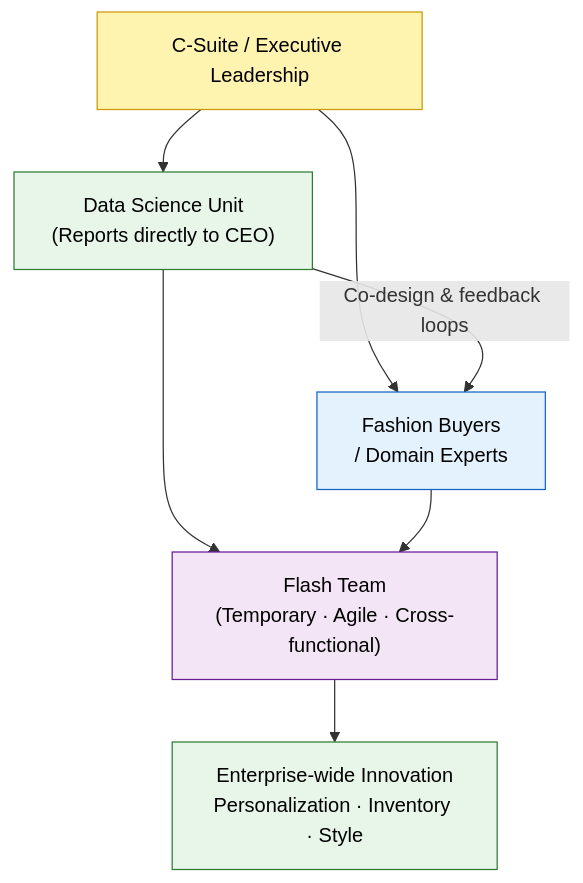
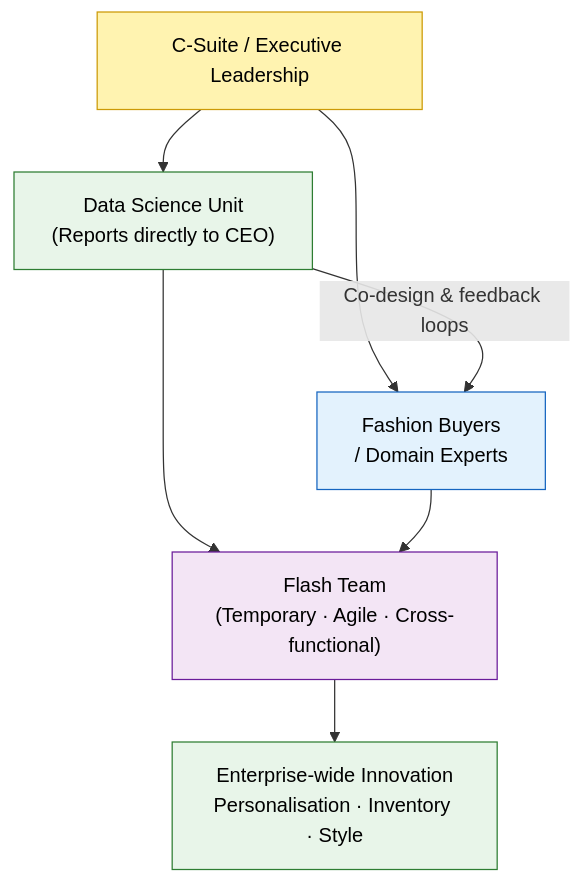
Before and after one commit to sfrancis2017/sajivfrancis.github.io: the second of 5 diagrams in src/content/blog/2026-06-07-ai-driven-leadership.mdx, drawn with Mermaid. The commit also changed other lines of this file, not shown here.

````diff
--- a/src/content/blog/2026-06-07-ai-driven-leadership.mdx
+++ b/src/content/blog/2026-06-07-ai-driven-leadership.mdx
@@ -63,26 +63,26 @@
 ```mermaid
 flowchart TD
   classDef exec fill:#fff3b0,stroke:#cc9a06,color:#000
   classDef ds fill:#e8f5e9,stroke:#2e7d32,color:#000
   classDef biz fill:#e3f2fd,stroke:#1565c0,color:#000
   classDef flash fill:#f3e5f5,stroke:#6a1b9a,color:#000
 
   CEO["C-Suite / Executive Leadership"]
   DS["Data Science Unit<br/>(Reports directly to CEO)"]
   FB["Fashion Buyers<br/>/ Domain Experts"]
   FT["Flash Team<br/>(Temporary · Agile · Cross-functional)"]
-  OUT["Enterprise-wide Innovation<br/>Personalization · Inventory · Style"]
+  OUT["Enterprise-wide Innovation<br/>Personalisation · Inventory · Style"]
 
   CEO --> DS
   CEO --> FB
   DS -->|"Co-design & feedback loops"| FB
   DS --> FT
   FB --> FT
   FT --> OUT
 
   class CEO exec
   class DS ds
   class FB biz
   class FT flash
   class OUT ds
 ```
````
